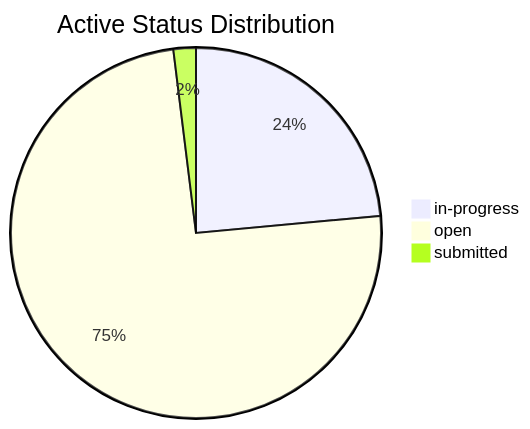
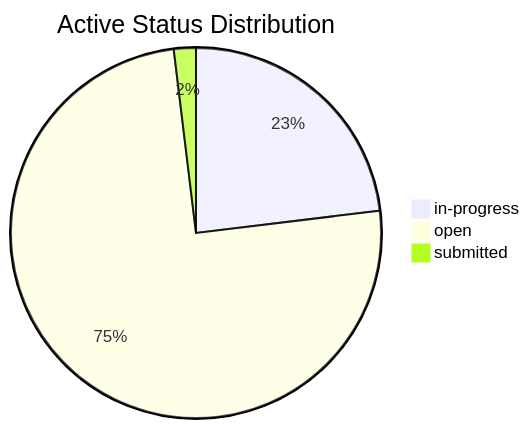
The second of 3 diagrams in dashboard.md (mgosal/5et.uk), drawn with Mermaid before and after one commit. The commit also changed other lines of this file and 2 other files, not shown here.

````diff
--- a/dashboard.md
+++ b/dashboard.md
@@ -129,6 +130,6 @@
 ```mermaid
 pie title Active Status Distribution
     "in-progress" : 12
-    "open" : 38
+    "open" : 39
     "submitted" : 1
 ```
````
